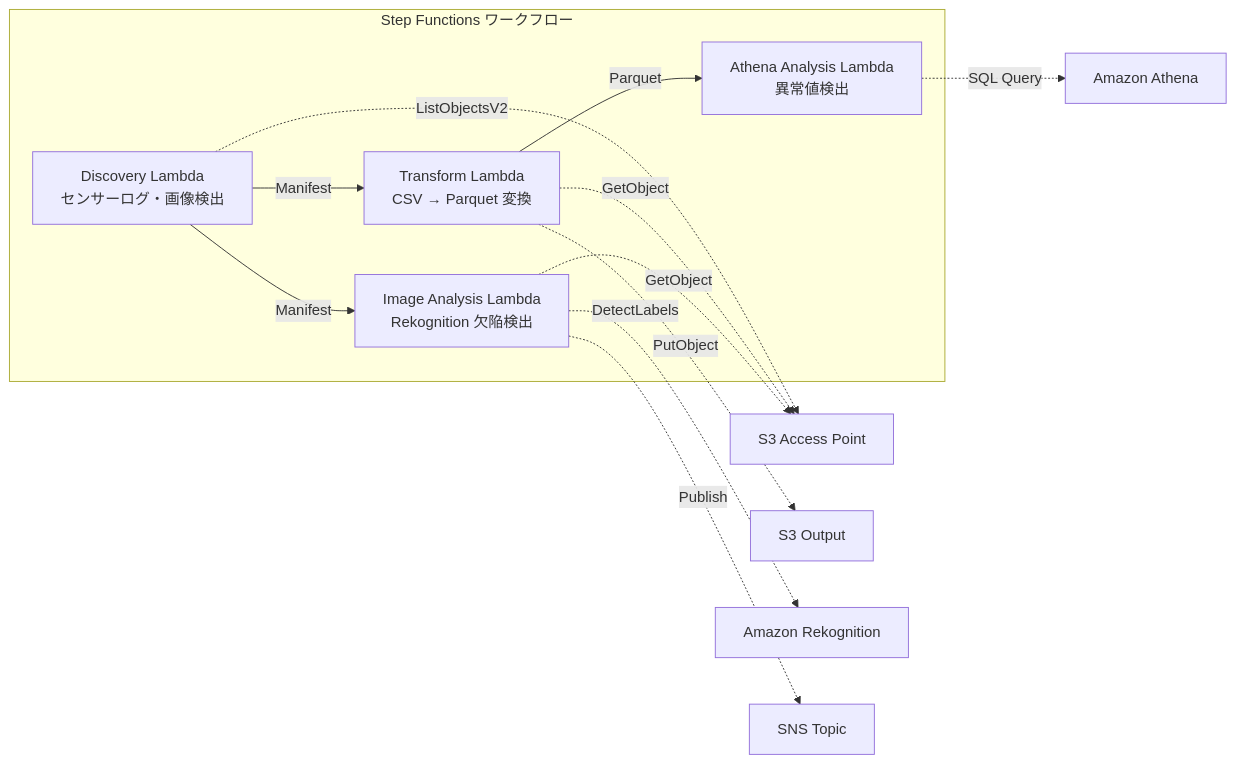
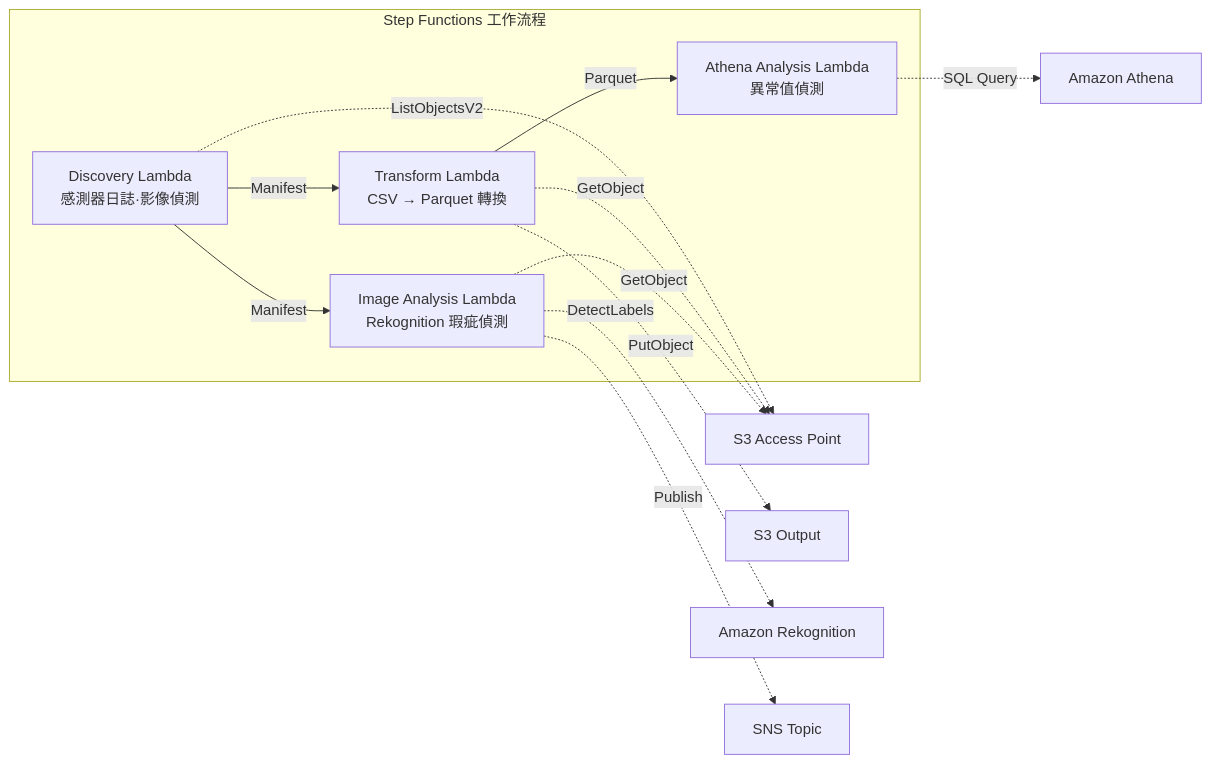
One commit to Yoshiki0705/FSx-for-ONTAP-S3AccessPoints-Serverless-Patterns changed the diagram in solutions/industry/manufacturing-analytics/README.zh-TW.md. Above: the diagram before and after it, drawn with Mermaid. The commit also changed other lines of this file and 20 other files, not shown here.

````diff
--- a/solutions/industry/manufacturing-analytics/README.zh-TW.md
+++ b/solutions/industry/manufacturing-analytics/README.zh-TW.md
@@ -27,21 +53,21 @@
 ```mermaid
 graph LR
-    subgraph "Step Functions ワークフロー"
-        D[Discovery Lambda<br/>センサーログ・画像検出]
-        TR[Transform Lambda<br/>CSV → Parquet 変換]
-        ATH[Athena Analysis Lambda<br/>異常値検出]
-        IMG[Image Analysis Lambda<br/>Rekognition 欠陥検出]
+    subgraph "Step Functions 工作流程"
+        D[Discovery Lambda<br/>感測器日誌·影像偵測]
+        TR[Transform Lambda<br/>CSV → Parquet 轉換]
+        ATH[Athena Analysis Lambda<br/>異常值偵測]
+        IMG[Image Analysis Lambda<br/>Rekognition 瑕疵偵測]
     end
 
     D -->|Manifest| TR
     D -->|Manifest| IMG
     TR -->|Parquet| ATH
 
     D -.->|ListObjectsV2| S3AP[S3 Access Point]
     TR -.->|GetObject| S3AP
     TR -.->|PutObject| S3OUT[S3 Output]
     ATH -.->|SQL Query| Athena[Amazon Athena]
     IMG -.->|GetObject| S3AP
     IMG -.->|DetectLabels| Rekognition[Amazon Rekognition]
     IMG -.->|Publish| SNS[SNS Topic]
 ```
````
